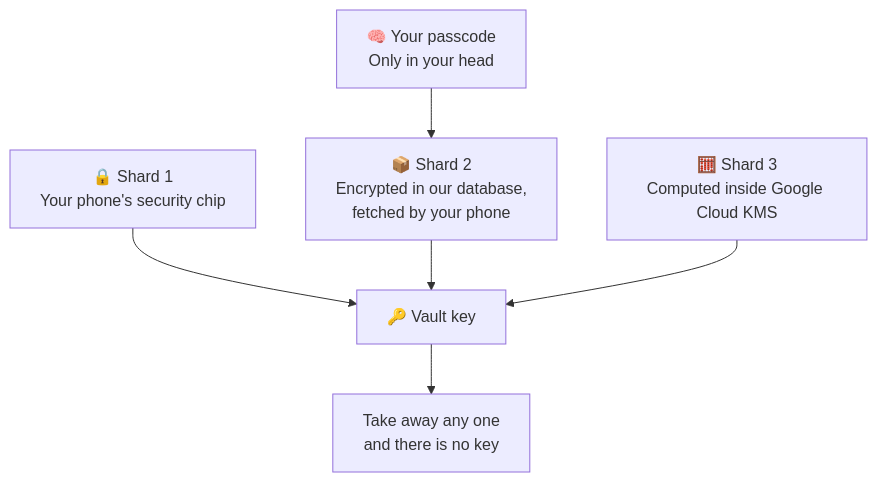
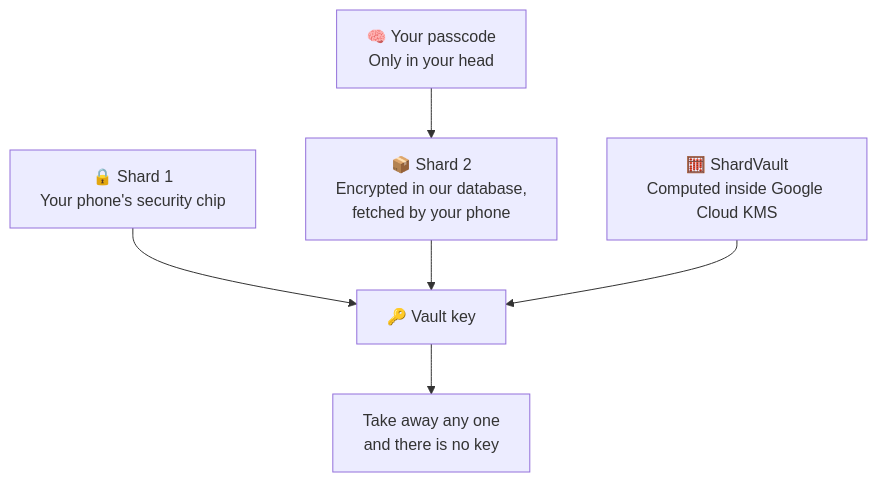
One commit to TuPhung369/passwordepic-website changed the third of 18 diagrams in docs/plain-words.md. Above: the diagram before and after it, drawn with Mermaid. The commit also changed other lines of this file and 6 other files, not shown here.

````diff
--- a/docs/plain-words.md
+++ b/docs/plain-words.md
@@ -51,8 +77,8 @@
 ```mermaid
 flowchart TD
   M["🧠 Your passcode<br/>Only in your head"] --> Q
   P["🔒 Shard 1<br/>Your phone's security chip"] --> K["🔑 Vault key"]
   Q["📦 Shard 2<br/>Encrypted in our database,<br/>fetched by your phone"] --> K
-  R["🧮 Shard 3<br/>Computed inside Google Cloud KMS"] --> K
+  R["🧮 ShardVault<br/>Computed inside Google Cloud KMS"] --> K
   K --> N["Take away any one<br/>and there is no key"]
 ```
````
